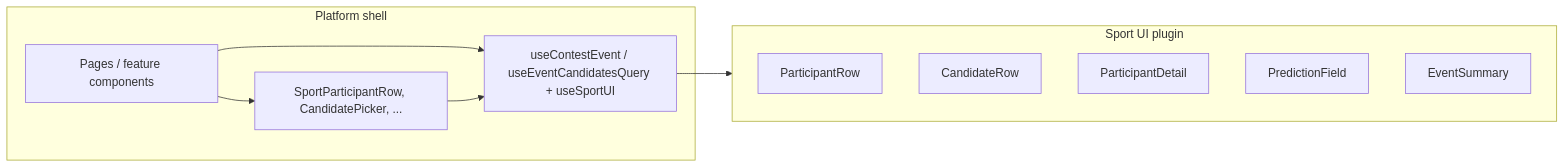
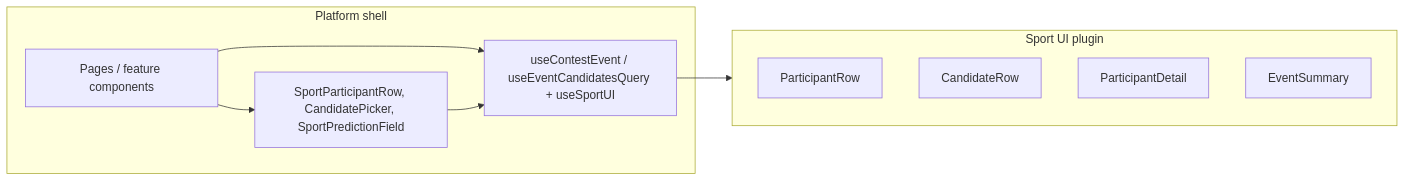
The diagram in spec/client/sport-ui-plugins.md (MagRelo/cut), drawn with Mermaid before and after one commit. The commit also changed other lines of this file and 40 other files, not shown here.

````diff
--- a/spec/client/sport-ui-plugins.md
+++ b/spec/client/sport-ui-plugins.md
@@ -11,19 +11,18 @@
 ```mermaid
 flowchart LR
   subgraph platform [Platform shell]
     Page[Pages / feature components]
     Hook[useContestEvent / useEventCandidatesQuery + useSportUI]
-    Shell[SportParticipantRow, CandidatePicker, ...]
+    Shell[SportParticipantRow, CandidatePicker, SportPredictionField]
   end
   subgraph plugin [Sport UI plugin]
     PR[ParticipantRow]
     CR[CandidateRow]
     PD[ParticipantDetail]
-    PF[PredictionField]
     ES[EventSummary]
   end
   Page --> Hook
   Page --> Shell
   Shell --> Hook
   Hook --> plugin
 ```
````
